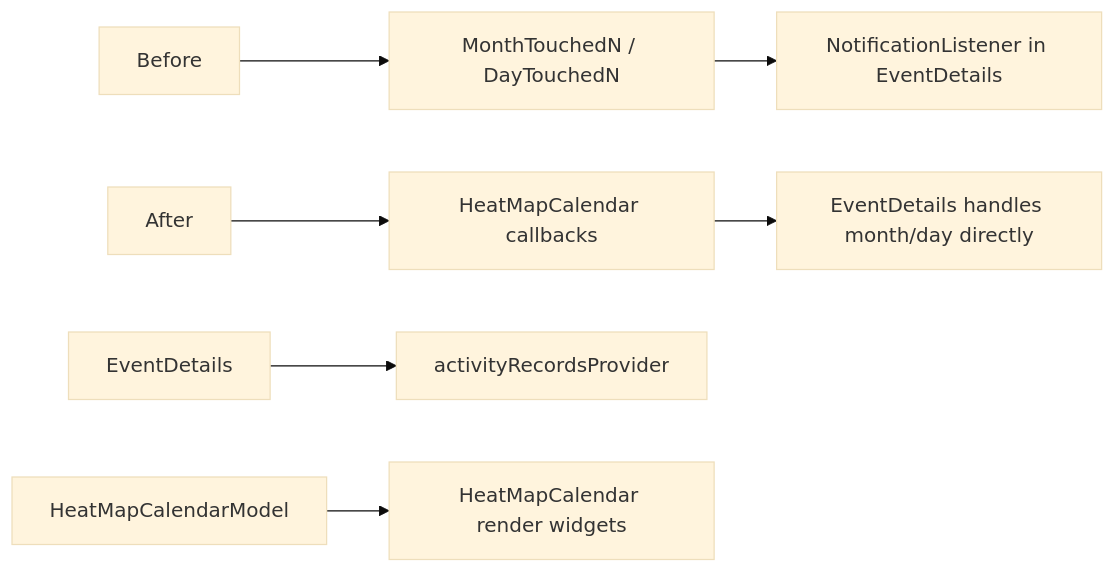
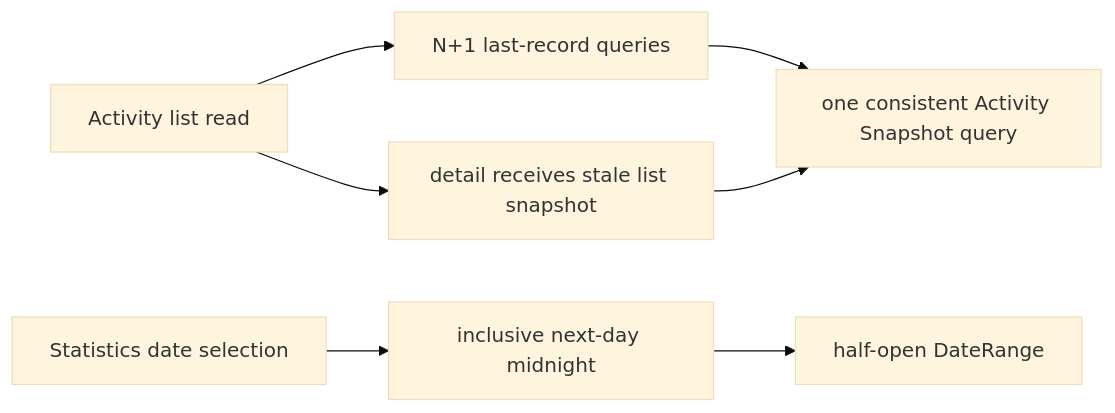
Before and after one commit to Guoyuer/eventTracker: the fourth of 4 diagrams in docs/architecture/module-flow.md, drawn with Mermaid (base theme). The commit also changed other lines of this file and 33 other files, not shown here.

````diff
--- a/docs/architecture/module-flow.md
+++ b/docs/architecture/module-flow.md
@@ -161,13 +133,10 @@
 ```mermaid
 flowchart LR
-  Before["Before"]
-  Before --> B1["MonthTouchedN / DayTouchedN"]
-  B1 --> B2["NotificationListener in EventDetails"]
+  ActivityRead["Activity list read"] --> N1["N+1 last-record queries"]
+  ActivityRead --> Stale["detail receives stale list snapshot"]
+  N1 --> Snapshot["one consistent Activity Snapshot query"]
+  Stale --> Snapshot
 
-  After["After"]
-  After --> A1["HeatMapCalendar callbacks"]
-  A1 --> A2["EventDetails handles month/day directly"]
-  EventDetails["EventDetails"] --> Records["activityRecordsProvider"]
-  HeatMapModel["HeatMapCalendarModel"]
-  HeatMapModel --> Calendar["HeatMapCalendar render widgets"]
+  StatisticsRange["Statistics date selection"] --> Inclusive["inclusive next-day midnight"]
+  Inclusive --> HalfOpen["half-open DateRange"]
 ```
````
